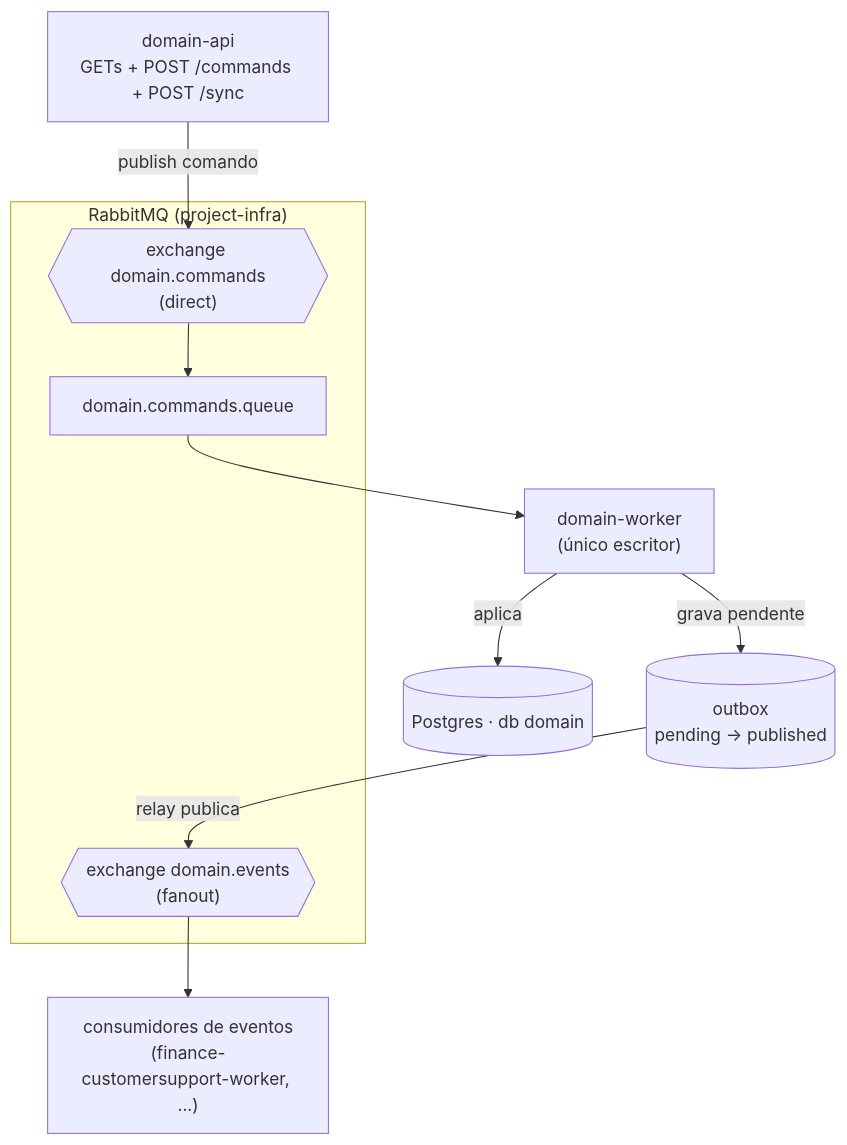
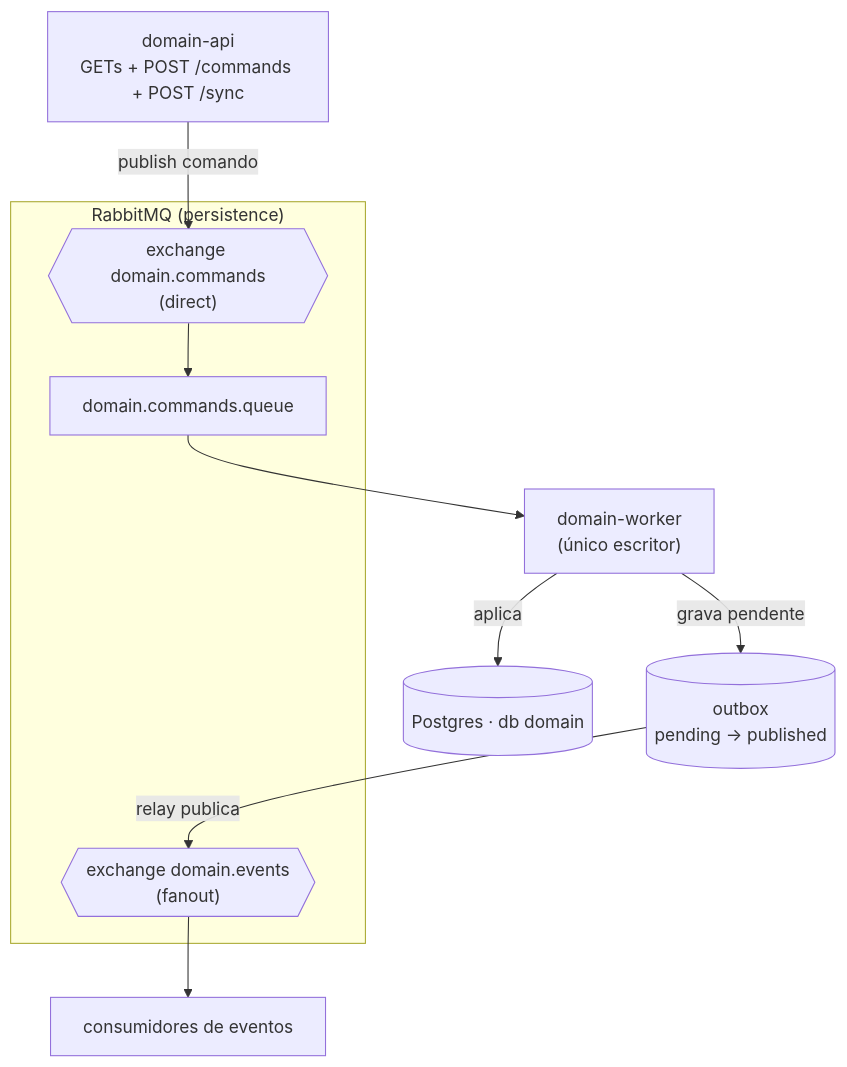
Before and after one commit to giomartinsdev/gio-random-projects: the fifth of 5 diagrams in docs/architecture.md, drawn with Mermaid. The commit also changed other lines of this file and 844 other files, not shown here.

````diff
--- a/docs/architecture.md
+++ b/docs/architecture.md
@@ -166,23 +195,23 @@
 ```mermaid
 flowchart TB
   dapi["domain-api<br/>GETs + POST /commands + POST /sync"]
 
-  subgraph rabbit["RabbitMQ (project-infra)"]
+  subgraph rabbit["RabbitMQ (persistence)"]
     ex_cmd{{"exchange domain.commands<br/>(direct)"}}
     q_cmd["domain.commands.queue"]
     ex_ev{{"exchange domain.events<br/>(fanout)"}}
   end
 
   dworker["domain-worker<br/>(único escritor)"]
   outbox[("outbox<br/>pending → published")]
   pg[("Postgres · db domain")]
-  consumers["consumidores de eventos<br/>(finance-customersupport-worker, ...)"]
+  consumers["consumidores de eventos"]
 
   dapi -->|publish comando| ex_cmd
   ex_cmd --> q_cmd
   q_cmd --> dworker
   dworker -->|aplica| pg
   dworker -->|grava pendente| outbox
   outbox -->|relay publica| ex_ev
   ex_ev --> consumers
 ```
````
